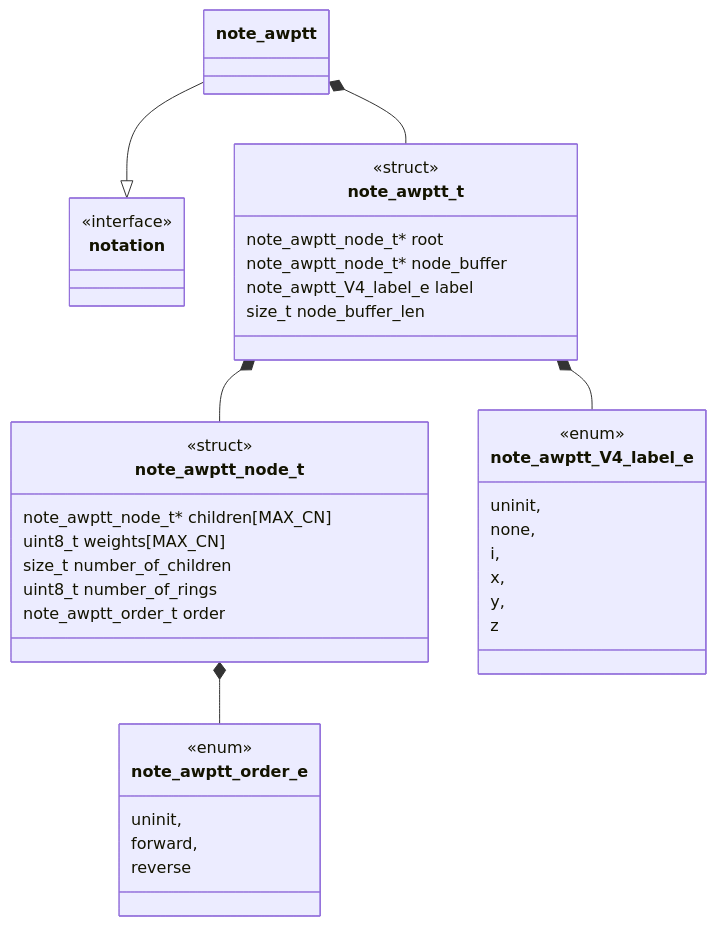
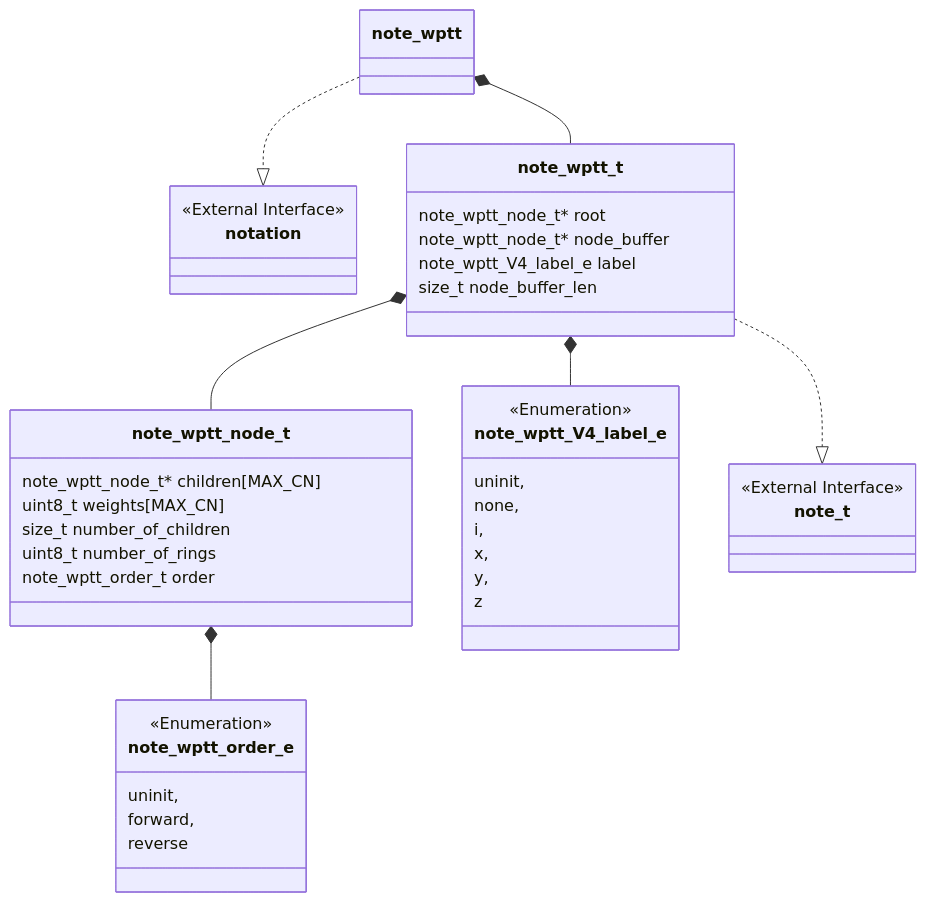
Before and after one commit to Joecstarr/thesis: the first of 8 diagrams in sections/software/documentation/notations/arborescent_planar_tangle_tree.md, drawn with Mermaid. The commit also changed other lines of this file and 17 other files, not shown here.

Commit message:
Improve: Adds decorators for class diagrams. Adds two computations for arborescent generation.

````diff
--- a/sections/software/documentation/notations/arborescent_planar_tangle_tree.md
+++ b/sections/software/documentation/notations/arborescent_planar_tangle_tree.md
@@ -8,48 +8,52 @@
 ```mermaid
 classDiagram
-    note_awptt --|> notation
-    note_awptt *-- note_awptt_t
-    note_awptt_t *-- note_awptt_node_t
-    note_awptt_node_t *-- note_awptt_order_e
-    note_awptt_t *-- note_awptt_V4_label_e
+    note_wptt ..|> notation
+    note_wptt *-- note_wptt_t
+    note_wptt_t *-- note_wptt_node_t
+    note_wptt_node_t *-- note_wptt_order_e
+    note_wptt_t *-- note_wptt_V4_label_e
 
-    class note_awptt_t {
-        <<struct>>
-        note_awptt_node_t* root
-        note_awptt_node_t* node_buffer
-        note_awptt_V4_label_e label
+    note_wptt_t ..|> note_t
+    class note_t {
+        <<External Interface>>
+    }
+    class note_wptt_t {
+
+        note_wptt_node_t* root
+        note_wptt_node_t* node_buffer
+        note_wptt_V4_label_e label
         size_t node_buffer_len
     }
 
-    class note_awptt_order_e {
-        <<enum>>
+    class note_wptt_order_e {
+        <<Enumeration>>
         uninit,
         forward,
         reverse
     }
 
-    class note_awptt_V4_label_e {
-        <<enum>>
+    class note_wptt_V4_label_e {
+        <<Enumeration>>
         uninit,
         none,
         i,
         x,
         y,
         z
     }
 
-    class note_awptt_node_t {
-        <<struct>>
-        note_awptt_node_t* children[MAX_CN]
+    class note_wptt_node_t {
+
+        note_wptt_node_t* children[MAX_CN]
         uint8_t weights[MAX_CN]
         size_t number_of_children
         uint8_t number_of_rings
-        note_awptt_order_t order
+        note_wptt_order_t order
     }
 
     class notation {
-        <<interface>>
+        <<External Interface>>
     }
 
 
 ```
````
